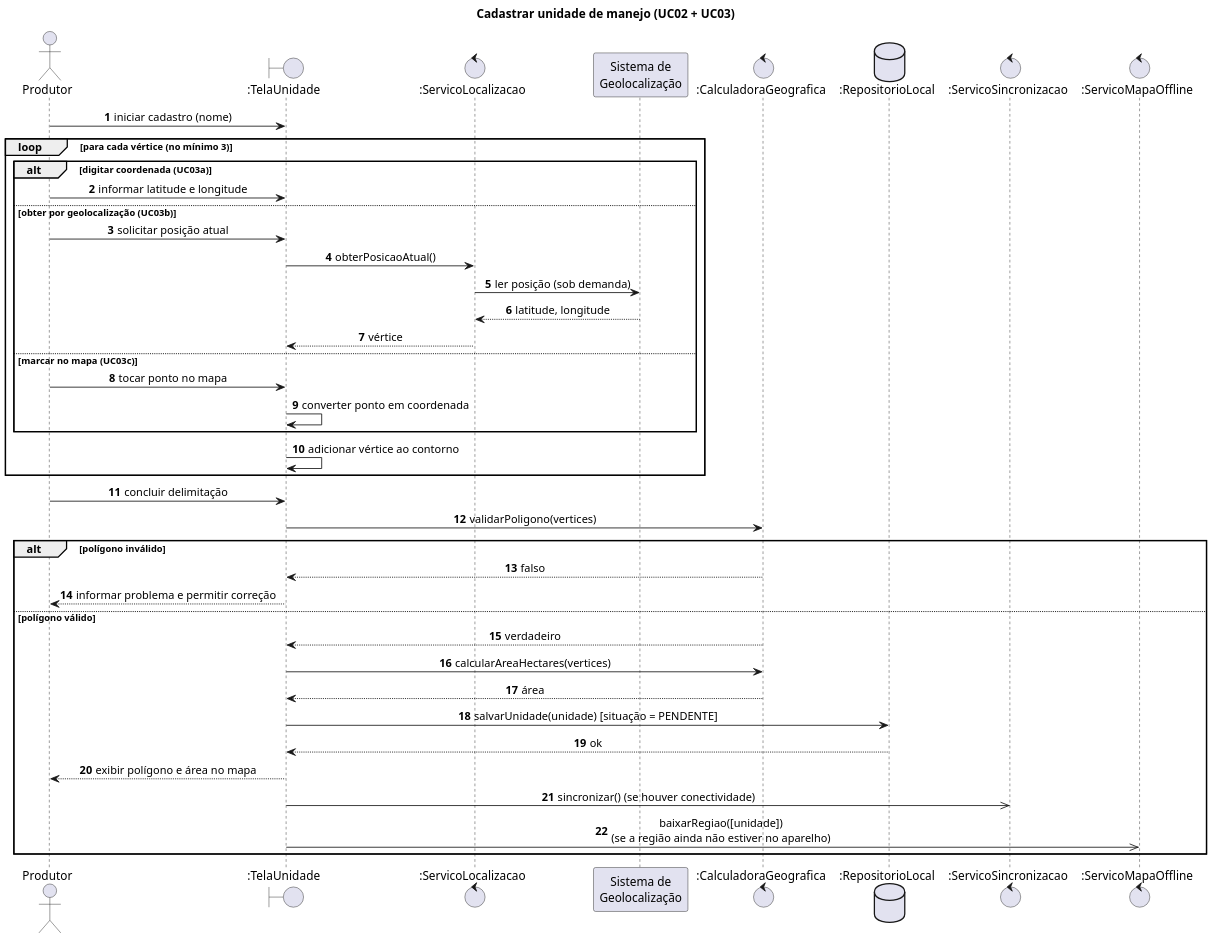
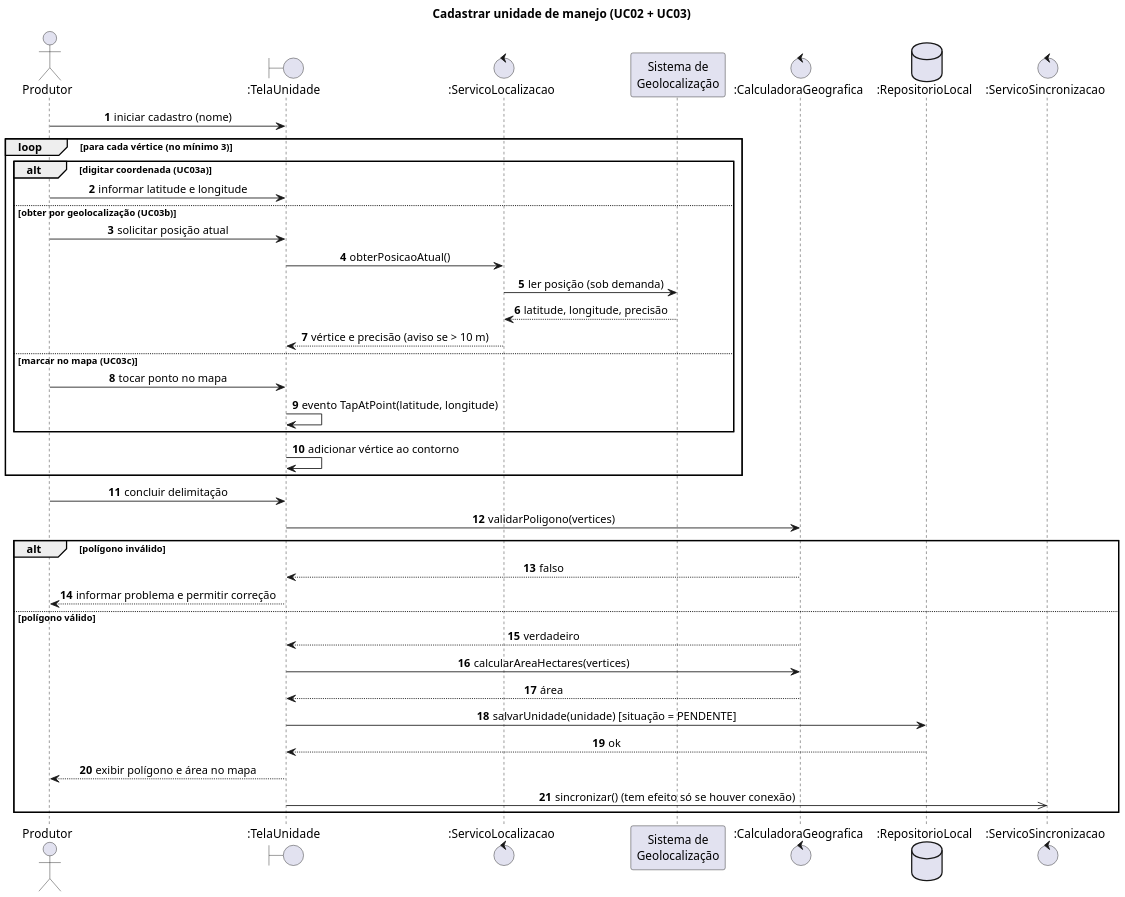
One commit to rpomar/AgroManejo changed the diagram in entrega-basica/diagramas/seq-cadastrar-unidade.puml. Above: the diagram before and after it, drawn with PlantUML. The commit also changed 26 other files, not shown here.

```diff
--- a/entrega-basica/diagramas/seq-cadastrar-unidade.puml
+++ b/entrega-basica/diagramas/seq-cadastrar-unidade.puml
@@ -1,49 +1,47 @@
 @startuml seq-cadastrar-unidade
 skinparam dpi 150
 skinparam defaultFontName Arial
 skinparam shadowing false
 skinparam sequenceMessageAlign center
 autonumber
 title Cadastrar unidade de manejo (UC02 + UC03)
 
 actor Produtor
 boundary ":TelaUnidade" as T
 control ":ServicoLocalizacao" as L
 participant "Sistema de\nGeolocalização" as GPS
 control ":CalculadoraGeografica" as C
 database ":RepositorioLocal" as R
 control ":ServicoSincronizacao" as S
-control ":ServicoMapaOffline" as MO
 
 Produtor -> T : iniciar cadastro (nome)
 loop para cada vértice (no mínimo 3)
   alt digitar coordenada (UC03a)
     Produtor -> T : informar latitude e longitude
   else obter por geolocalização (UC03b)
     Produtor -> T : solicitar posição atual
     T -> L : obterPosicaoAtual()
     L -> GPS : ler posição (sob demanda)
-    GPS --> L : latitude, longitude
-    L --> T : vértice
+    GPS --> L : latitude, longitude, precisão
+    L --> T : vértice e precisão (aviso se > 10 m)
   else marcar no mapa (UC03c)
     Produtor -> T : tocar ponto no mapa
-    T -> T : converter ponto em coordenada
+    T -> T : evento TapAtPoint(latitude, longitude)
   end
   T -> T : adicionar vértice ao contorno
 end
 Produtor -> T : concluir delimitação
 T -> C : validarPoligono(vertices)
 alt polígono inválido
   C --> T : falso
   T --> Produtor : informar problema e permitir correção
 else polígono válido
   C --> T : verdadeiro
   T -> C : calcularAreaHectares(vertices)
   C --> T : área
   T -> R : salvarUnidade(unidade) [situação = PENDENTE]
   R --> T : ok
   T --> Produtor : exibir polígono e área no mapa
-  T ->> S : sincronizar() (se houver conectividade)
-  T ->> MO : baixarRegiao([unidade])\n(se a região ainda não estiver no aparelho)
+  T ->> S : sincronizar() (tem efeito só se houver conexão)
 end
 @enduml
```
